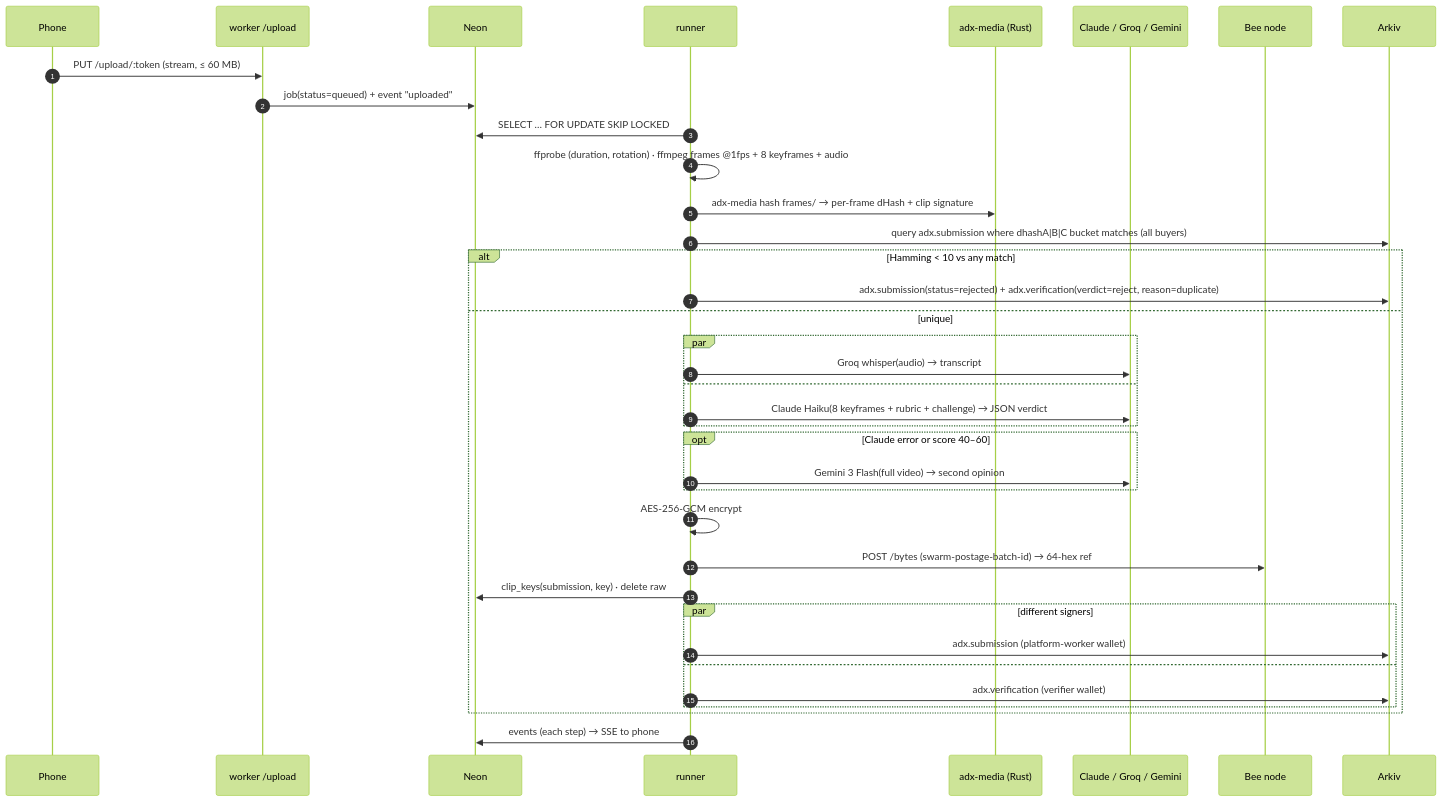
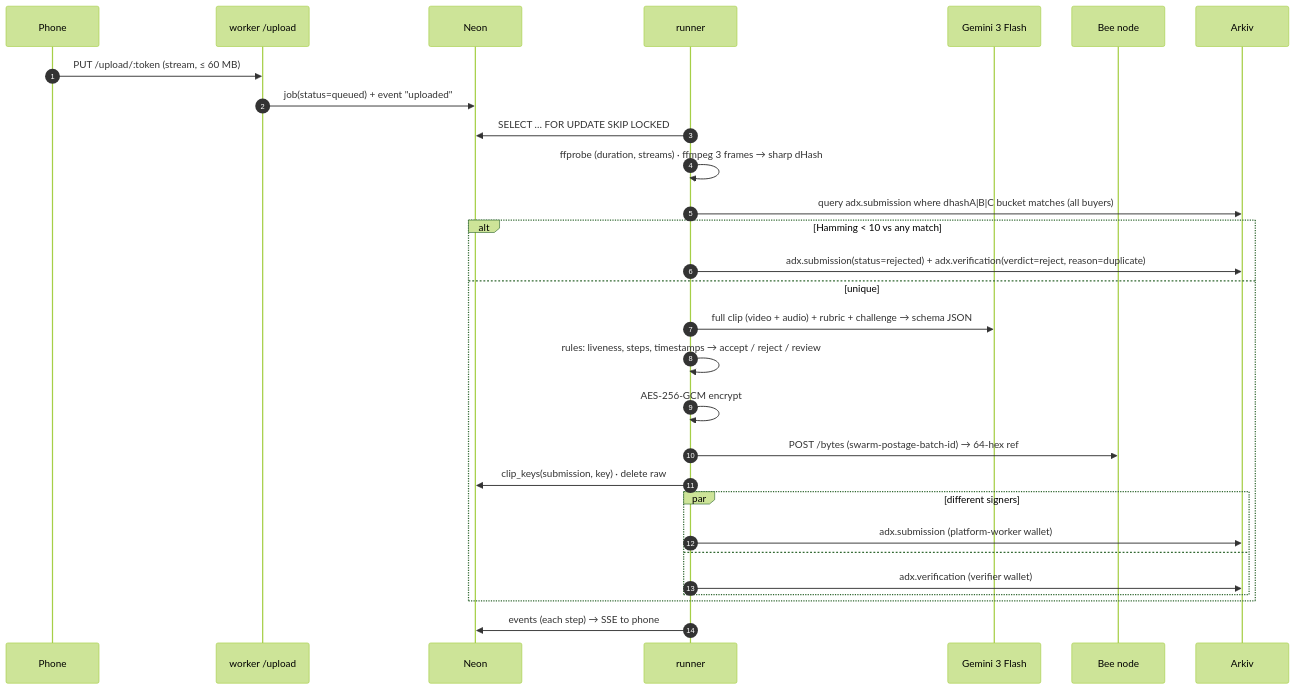
One commit to Abhishek222983101/agentic-data-exchange changed the fifth of 8 diagrams in docs/build/SYSTEM-ARCHITECTURE.md. Above: the diagram before and after it, drawn with Mermaid (forest theme). The commit also changed other lines of this file and 4 other files, not shown here.

Commit message:
docs(build): Gemini as single-call clip verifier, drop Rust/Whisper; log decisions D22-D27

````diff
--- a/docs/build/SYSTEM-ARCHITECTURE.md
+++ b/docs/build/SYSTEM-ARCHITECTURE.md
@@ -485,39 +481,31 @@
 ```mermaid
 sequenceDiagram
   autonumber
   participant P as Phone
   participant K as worker /upload
   participant DB as Neon
   participant R as runner
-  participant M as adx-media (Rust)
-  participant AI as Claude / Groq / Gemini
+  participant AI as Gemini 3 Flash
   participant B as Bee node
   participant A as Arkiv
   P->>K: PUT /upload/:token (stream, ≤ 60 MB)
   K->>DB: job(status=queued) + event "uploaded"
   R->>DB: SELECT … FOR UPDATE SKIP LOCKED
-  R->>R: ffprobe (duration, rotation) · ffmpeg frames @1fps + 8 keyframes + audio
-  R->>M: adx-media hash frames/ → per-frame dHash + clip signature
+  R->>R: ffprobe (duration, streams) · ffmpeg 3 frames → sharp dHash
   R->>A: query adx.submission where dhashA|B|C bucket matches (all buyers)
   alt Hamming < 10 vs any match
     R->>A: adx.submission(status=rejected) + adx.verification(verdict=reject, reason=duplicate)
   else unique
-    par
-      R->>AI: Groq whisper(audio) → transcript
-    and
-      R->>AI: Claude Haiku(8 keyframes + rubric + challenge) → JSON verdict
-    end
-    opt Claude error or score 40–60
-      R->>AI: Gemini 3 Flash(full video) → second opinion
-    end
+    R->>AI: full clip (video + audio) + rubric + challenge → schema JSON
+    R->>R: rules: liveness, steps, timestamps → accept / reject / review
     R->>R: AES-256-GCM encrypt
     R->>B: POST /bytes (swarm-postage-batch-id) → 64-hex ref
     R->>DB: clip_keys(submission, key) · delete raw
     par different signers
       R->>A: adx.submission (platform-worker wallet)
     and
       R->>A: adx.verification (verifier wallet)
     end
   end
   R->>DB: events (each step) → SSE to phone
 ```
````
